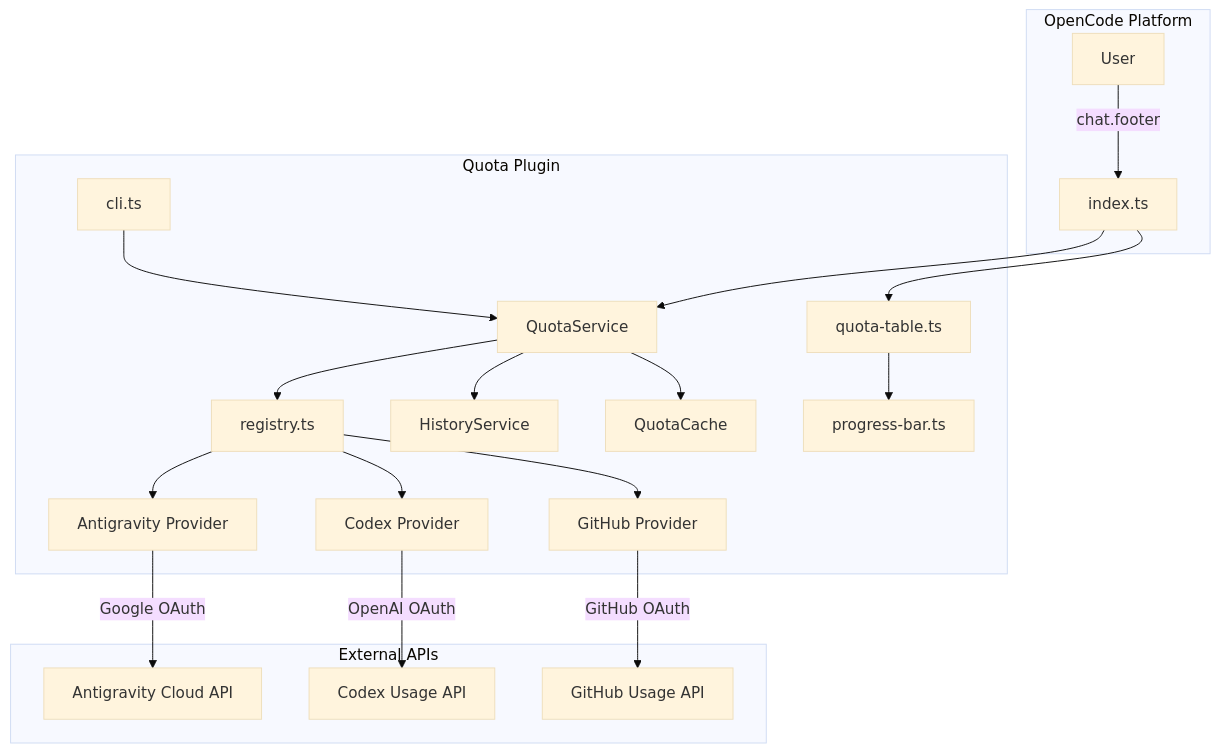
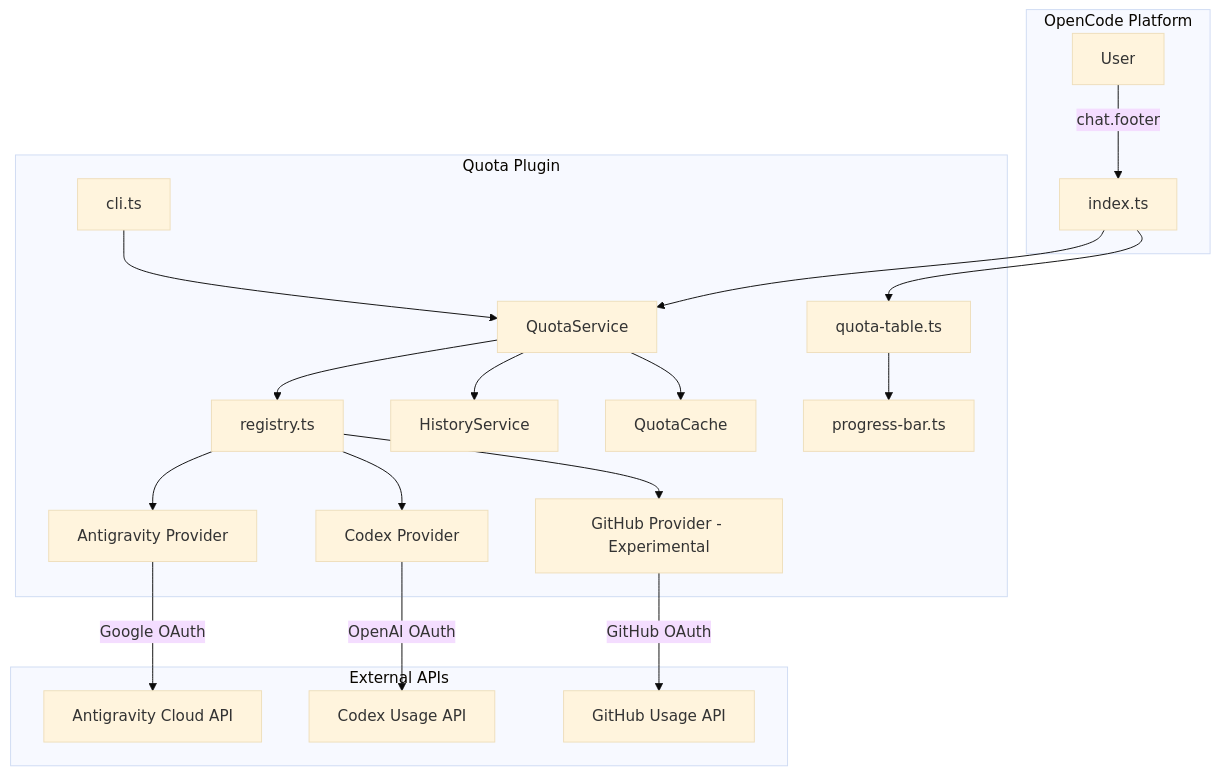
The diagram in DESIGN.md (PhilippPolterauer/opencode-quotas), drawn with Mermaid (base theme) before and after one commit. The commit also changed 10 other files, not shown here.

First line of the commit message:
ISSUE-023: GitHub provider uses deprecated/unavailable API (vibe-kanban ac64111f)

````diff
--- a/DESIGN.md
+++ b/DESIGN.md
@@ -34,25 +34,25 @@
 ```mermaid
 graph TD
     subgraph OpenCode Platform
         User -->|chat.footer| Main
     end
 
     subgraph Quota Plugin
         Main[index.ts] --> Service[QuotaService]
         CLI[cli.ts] --> Service
         Service --> Registry[registry.ts]
         Service --> History[HistoryService]
         Service --> Cache[QuotaCache]
         Registry --> P1[Antigravity Provider]
         Registry --> P2[Codex Provider]
-        Registry --> P3[GitHub Provider]
+        Registry --> P3[GitHub Provider - Experimental]
         Main --> UI[quota-table.ts]
         UI --> PB[progress-bar.ts]
     end
 
     subgraph External APIs
         P1 -->|Google OAuth| AG_API[Antigravity Cloud API]
         P2 -->|OpenAI OAuth| CX_API[Codex Usage API]
         P3 -->|GitHub OAuth| GH_API[GitHub Usage API]
     end
 ```
````
